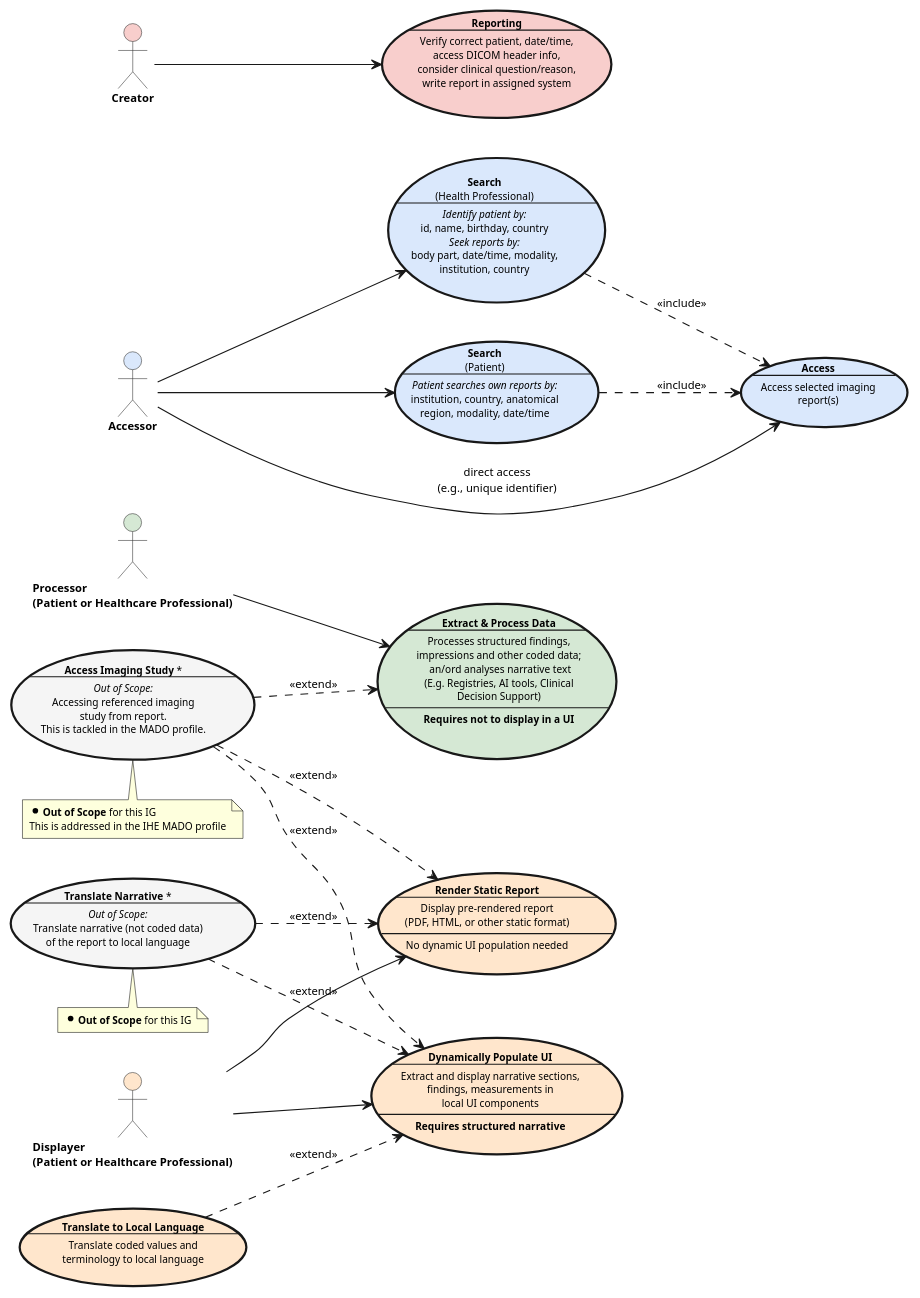
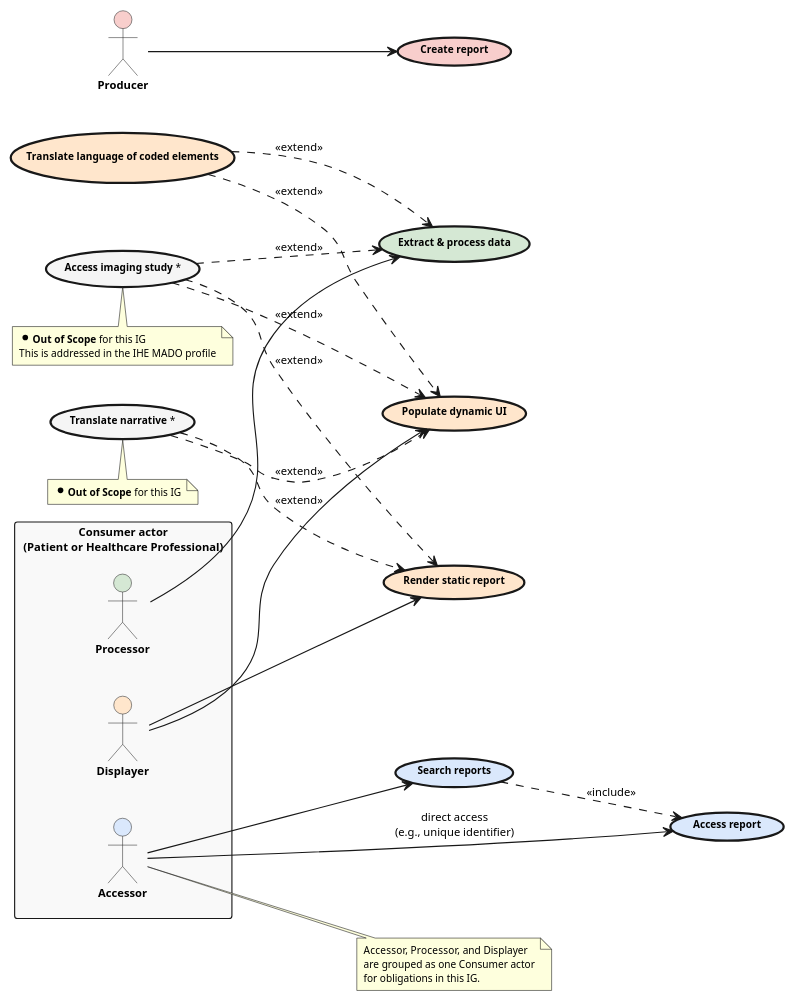
The diagram in ig-src/input/images-source/ehds-actors-usecases.plantuml (hl7-eu/imaging), drawn with PlantUML before and after one commit. The commit also changed 1 other file, not shown here.

Commit message:
update graph and text

```diff
--- a/ig-src/input/images-source/ehds-actors-usecases.plantuml
+++ b/ig-src/input/images-source/ehds-actors-usecases.plantuml
@@ -1,92 +1,98 @@
 @startuml ehds-actors-usecases
 
 skinparam backgroundColor white
 skinparam handwritten false
 skinparam defaultFontSize 10
 skinparam wrapWidth 200
 
 skinparam actor {
   BorderColor #333333
   FontStyle bold
 }
 
 skinparam usecase {
   BorderThickness 2
   FontSize 9
 }
 
 skinparam note {
   FontSize 9
 }
 
 left to right direction
 
 ' ==================== ACCESSOR USE CASES ====================
-usecase "**Search**\n(Health Professional)\n--\n//Identify patient by://\nid, name, birthday, country\n//Seek reports by://\nbody part, date/time, modality,\ninstitution, country" as UC_SearchHP #DAE8FC
+usecase "**Search reports**" as UC_Search #DAE8FC
 
-usecase "**Search**\n(Patient)\n--\n//Patient searches own reports by://\ninstitution, country, anatomical\nregion, modality, date/time" as UC_SearchPatient #DAE8FC
-
-usecase "**Access**\n--\nAccess selected imaging\nreport(s)" as UC_Access #DAE8FC
+usecase "**Access report**" as UC_Access #DAE8FC
 
 ' Out of scope - imaging study access
-usecase "**Access Imaging Study** *\n--\n//Out of Scope://\nAccessing referenced imaging\nstudy from report.\nThis is tackled in the MADO profile." as UC_AccessStudy #F5F5F5
+usecase "**Access imaging study** *" as UC_AccessStudy #F5F5F5
 
 ' ==================== PROCESSOR USE CASES ====================
-usecase "**Extract & Process Data**\n--\nProcesses structured findings,\nimpressions and other coded data;\n an/ord analyses narrative text\n(E.g. Registries, AI tools, Clinical\nDecision Support)\n--\n**Requires not to display in a UI**" as UC_Processing #D5E8D4
+usecase "**Extract & process data**" as UC_Processing #D5E8D4
 
 ' ==================== DISPLAYER USE CASES ====================
-usecase "**Render Static Report**\n--\nDisplay pre-rendered report\n(PDF, HTML, or other static format)\n--\nNo dynamic UI population needed" as UC_RenderStatic #FFE6CC
+usecase "**Render static report**" as UC_RenderStatic #FFE6CC
 
-usecase "**Dynamically Populate UI**\n--\nExtract and display narrative sections,\nfindings, measurements in\nlocal UI components\n--\n**Requires structured narrative**" as UC_DynamicDisplay #FFE6CC
+usecase "**Populate dynamic UI**" as UC_DynamicDisplay #FFE6CC
 
-usecase "**Translate to Local Language**\n--\nTranslate coded values and\nterminology to local language" as UC_Translation #FFE6CC
+usecase "**Translate language of coded elements**" as UC_Translation #FFE6CC
 
-usecase "**Translate Narrative** *\n--\n//Out of Scope://\nTranslate narrative (not coded data)\nof the report to local language" as UC_TranslateNarrative #F5F5F5
+usecase "**Translate narrative** *" as UC_TranslateNarrative #F5F5F5
 
-' ==================== CREATOR USE CASES ====================
-usecase "**Reporting**\n--\nVerify correct patient, date/time,\naccess DICOM header info,\nconsider clinical question/reason,\nwrite report in assigned system" as UC_Reporting #F8CECC
+' ==================== PRODUCER USE CASES ====================
+usecase "**Create report**" as UC_Reporting #F8CECC
 
 ' ==================== ACTORS ====================
-actor "Accessor" as Accessor #DAE8FC
-actor "Processor\n(Patient or Healthcare Professional)" as Processor #D5E8D4
-actor "Displayer\n(Patient or Healthcare Professional)" as Displayer #FFE6CC
-actor "Creator" as Creator #F8CECC
+rectangle "Consumer actor\n(Patient or Healthcare Professional)" #F9F9F9 {
+  actor "Accessor" as Accessor #DAE8FC
+  actor "Processor" as Processor #D5E8D4
+  actor "Displayer" as Displayer #FFE6CC
+}
+
+actor "Producer" as Producer #F8CECC
 
 ' ==================== ACTOR ASSOCIATIONS ====================
-Accessor --> UC_SearchHP
-Accessor --> UC_SearchPatient
+Accessor --> UC_Search
 Accessor --> UC_Access : direct access\n(e.g., unique identifier)
 
 Processor --> UC_Processing
 
 Displayer --> UC_RenderStatic
 Displayer --> UC_DynamicDisplay
 
-Creator --> UC_Reporting
+Producer --> UC_Reporting
 
 ' ==================== INCLUDE RELATIONSHIPS ====================
 ' Search includes Access
-UC_SearchHP ..> UC_Access : <<include>>
-UC_SearchPatient ..> UC_Access : <<include>>
+UC_Search ..> UC_Access : <<include>>
 
 ' ==================== GENERALIZATION RELATIONSHIPS ====================
 
 ' ==================== EXTEND RELATIONSHIPS (OUT OF SCOPE) ====================
 UC_AccessStudy ..> UC_Processing : <<extend>>
 UC_AccessStudy ..> UC_RenderStatic : <<extend>>
 UC_AccessStudy ..> UC_DynamicDisplay : <<extend>>
 UC_Translation ..> UC_DynamicDisplay : <<extend>>
+UC_Translation ..> UC_Processing : <<extend>>
 UC_TranslateNarrative ..> UC_RenderStatic : <<extend>>
 UC_TranslateNarrative ..> UC_DynamicDisplay : <<extend>>
 
 ' ==================== NOTES ====================
 note bottom of UC_AccessStudy
   * **Out of Scope** for this IG
   This is addressed in the IHE MADO profile
 end note
 
 note bottom of UC_TranslateNarrative
   * **Out of Scope** for this IG
 end note
 
+note right of Accessor
+  Accessor, Processor, and Displayer
+  are grouped as one Consumer actor
+  for obligations in this IG.
+end note
+
 @enduml
```
